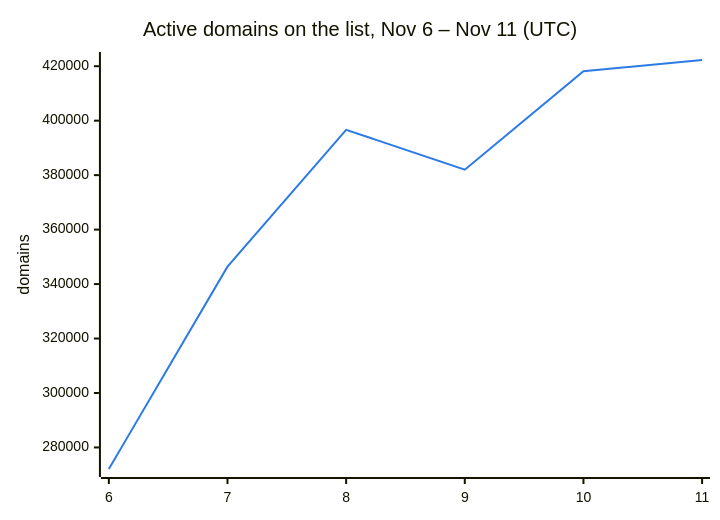
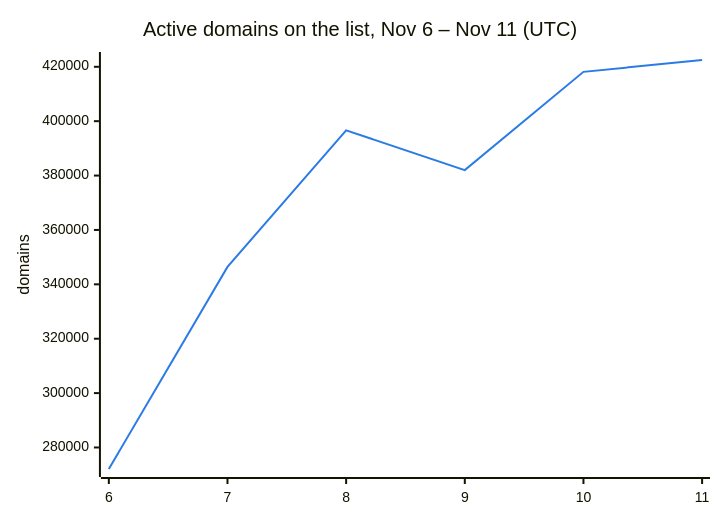
One commit to DNSBunker/CTI changed the second of 3 diagrams in README.md. Above: the diagram before and after it, drawn with Mermaid. The commit also changed other lines of this file and 3 other files, not shown here.

````diff
--- a/README.md
+++ b/README.md
@@ -38,8 +38,8 @@
 ```mermaid
 %%{init: {"themeVariables": {"xyChart": {"plotColorPalette": "#2c7be5"}}}}%%
 xychart-beta
     title "Active domains on the list, Nov 6 – Nov 11 (UTC)"
     x-axis ["6", "7", "8", "9", "10", "11"]
     y-axis "domains"
-    line [272088, 346388, 396638, 382009, 418143, 422278]
+    line [272088, 346388, 396638, 382009, 418143, 422497]
 ```
````
